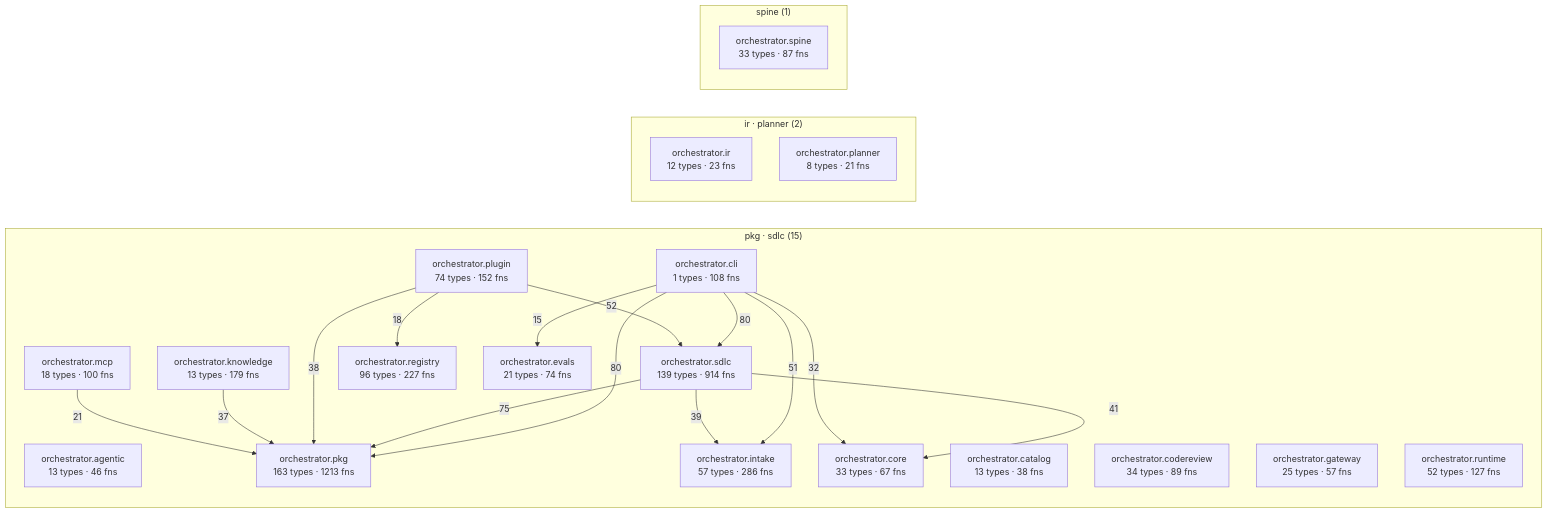
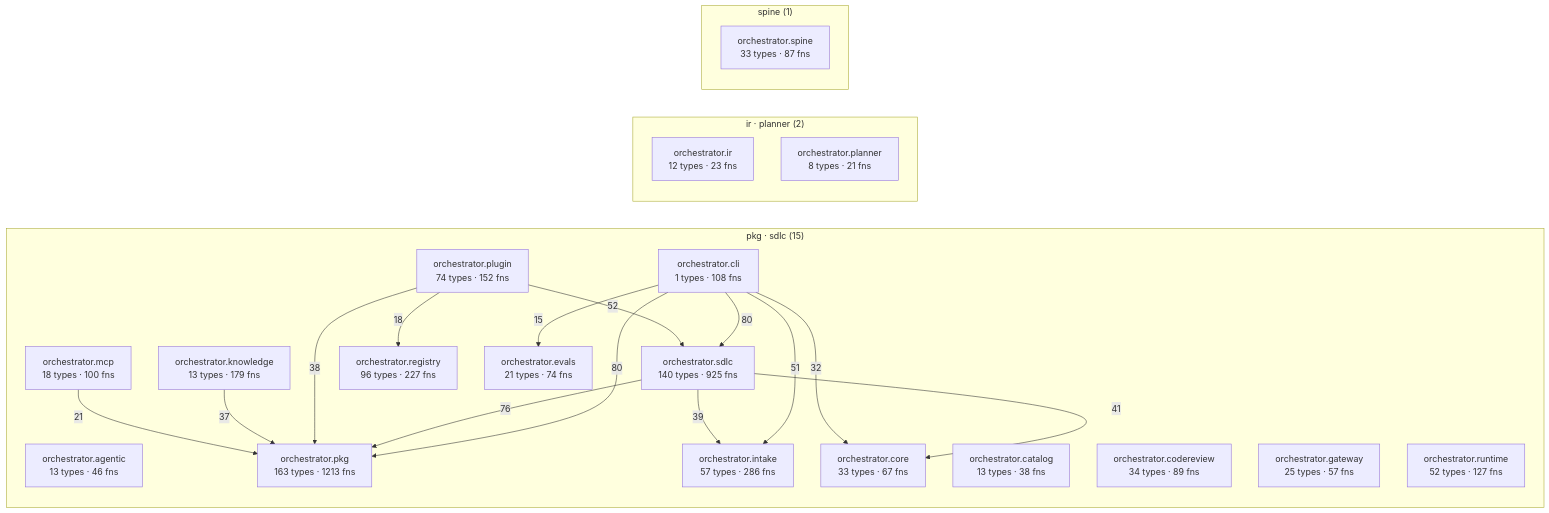
Before and after one commit to synaptixs/spine: the diagram in episteme/architecture.md, drawn with Mermaid. The commit also changed other lines of this file and 23 other files, not shown here.

````diff
--- a/episteme/architecture.md
+++ b/episteme/architecture.md
@@ -55,40 +55,40 @@
 ```mermaid
 flowchart LR
   subgraph c_2["pkg · sdlc (15)"]
     aorchestratoragentic["orchestrator.agentic<br/>13 types · 46 fns"]
     aorchestratorcatalog["orchestrator.catalog<br/>13 types · 38 fns"]
     aorchestratorcli["orchestrator.cli<br/>1 types · 108 fns"]
     aorchestratorcodereview["orchestrator.codereview<br/>34 types · 89 fns"]
     aorchestratorcore["orchestrator.core<br/>33 types · 67 fns"]
     aorchestratorevals["orchestrator.evals<br/>21 types · 74 fns"]
     aorchestratorgateway["orchestrator.gateway<br/>25 types · 57 fns"]
     aorchestratorintake["orchestrator.intake<br/>57 types · 286 fns"]
     aorchestratorknowledge["orchestrator.knowledge<br/>13 types · 179 fns"]
     aorchestratormcp["orchestrator.mcp<br/>18 types · 100 fns"]
     aorchestratorpkg["orchestrator.pkg<br/>163 types · 1213 fns"]
     aorchestratorplugin["orchestrator.plugin<br/>74 types · 152 fns"]
     aorchestratorregistry["orchestrator.registry<br/>96 types · 227 fns"]
     aorchestratorruntime["orchestrator.runtime<br/>52 types · 127 fns"]
-    aorchestratorsdlc["orchestrator.sdlc<br/>139 types · 914 fns"]
+    aorchestratorsdlc["orchestrator.sdlc<br/>140 types · 925 fns"]
   end
   subgraph c_5["ir · planner (2)"]
     aorchestratorir["orchestrator.ir<br/>12 types · 23 fns"]
     aorchestratorplanner["orchestrator.planner<br/>8 types · 21 fns"]
   end
   subgraph c_10["spine (1)"]
     aorchestratorspine["orchestrator.spine<br/>33 types · 87 fns"]
   end
   aorchestratorcli -->|80| aorchestratorpkg
   aorchestratorcli -->|80| aorchestratorsdlc
-  aorchestratorsdlc -->|75| aorchestratorpkg
+  aorchestratorsdlc -->|76| aorchestratorpkg
   aorchestratorplugin -->|52| aorchestratorsdlc
   aorchestratorcli -->|51| aorchestratorintake
   aorchestratorsdlc -->|41| aorchestratorcore
   aorchestratorsdlc -->|39| aorchestratorintake
   aorchestratorplugin -->|38| aorchestratorpkg
   aorchestratorknowledge -->|37| aorchestratorpkg
   aorchestratorcli -->|32| aorchestratorcore
   aorchestratormcp -->|21| aorchestratorpkg
   aorchestratorplugin -->|18| aorchestratorregistry
   aorchestratorcli -->|15| aorchestratorevals
 ```
````
